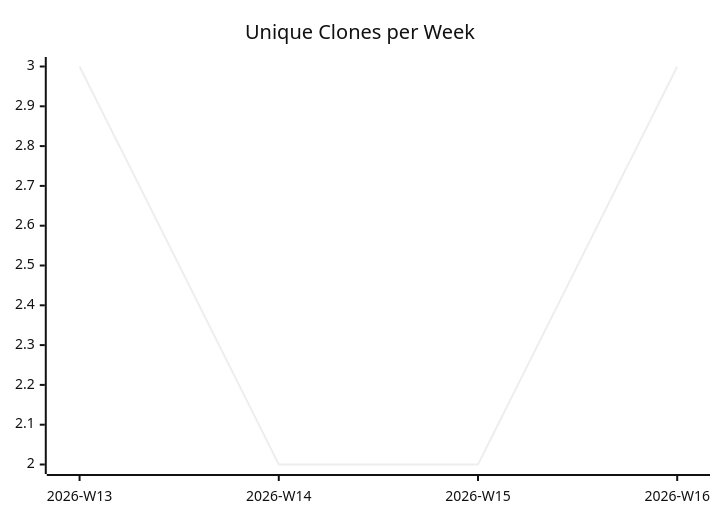
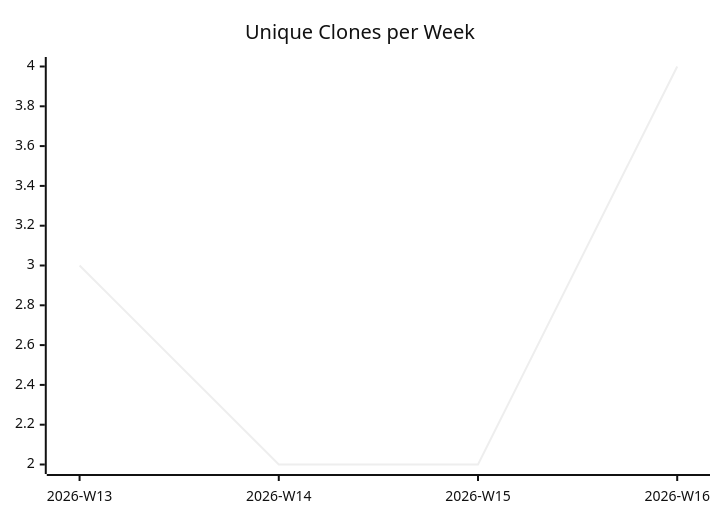
The third of 3 diagrams in karlmdavis/ansible-role-rcm-dotfiles/README.md (justdavis-family/github-analytics-data), drawn with Mermaid (neutral theme) before and after one commit. The commit also changed other lines of this file and 189 other files, not shown here.

````diff
--- a/karlmdavis/ansible-role-rcm-dotfiles/README.md
+++ b/karlmdavis/ansible-role-rcm-dotfiles/README.md
@@ -19,6 +19,6 @@
 ```mermaid
 xychart-beta
   title "Unique Clones per Week"
   x-axis ["2026-W13", "2026-W14", "2026-W15", "2026-W16"]
-  line [3, 2, 2, 3]
+  line [3, 2, 2, 4]
 ```
````
